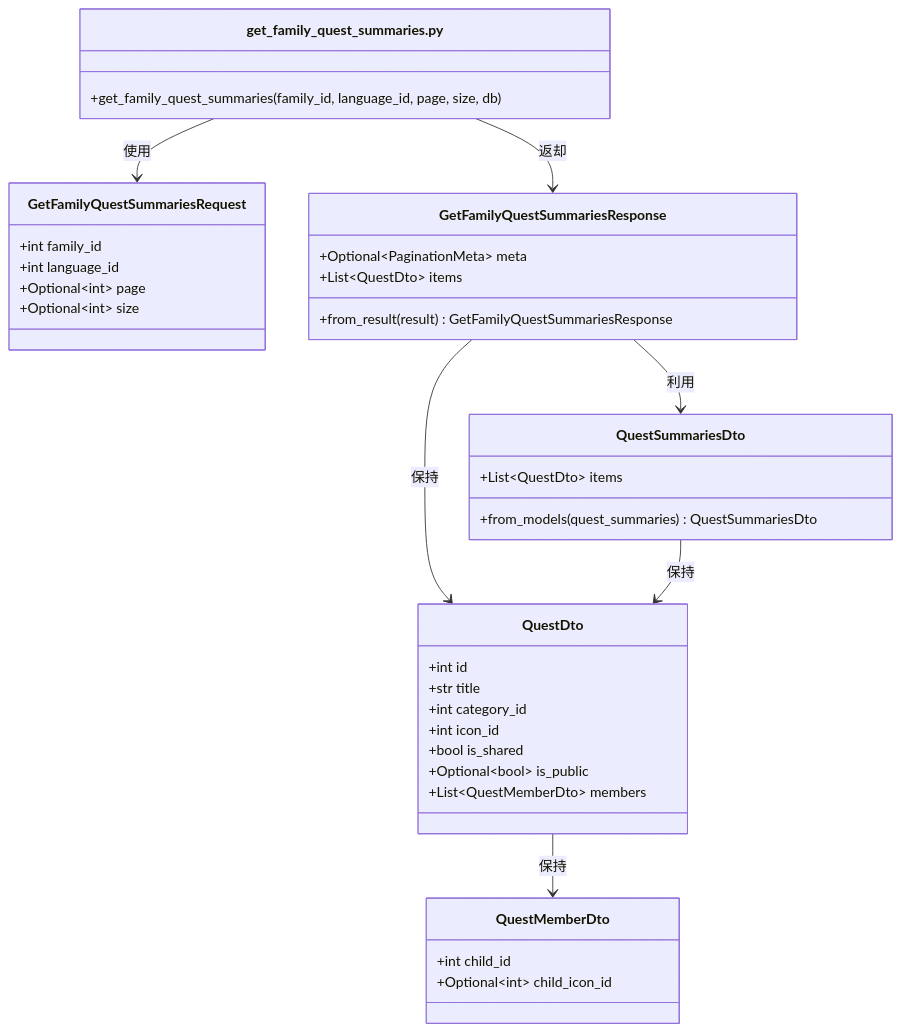
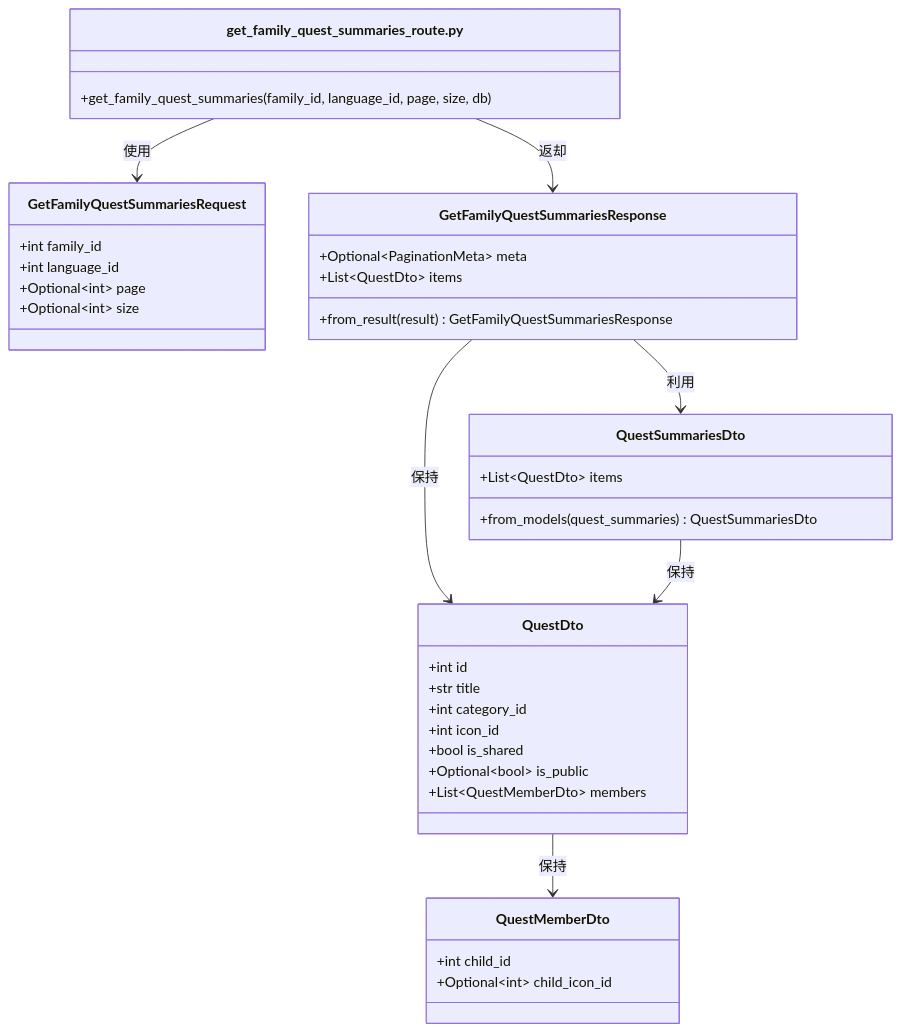
Before and after one commit to shuhei1101/allowance-questboard: the diagram in apps/api/aqapi/quest/api/v1/get_family_quest_summaries.md, drawn with Mermaid. The commit also changed 32 other files, not shown here.

````diff
--- a/apps/api/aqapi/quest/api/v1/get_family_quest_summaries.md
+++ b/apps/api/aqapi/quest/api/v1/get_family_quest_summaries.md
@@ -4,46 +4,46 @@
 ```mermaid
 classDiagram
-    class get_family_quest_summaries.py {
+    class get_family_quest_summaries_route.py {
         +get_family_quest_summaries(family_id, language_id, page, size, db)
     }
 
     class GetFamilyQuestSummariesRequest {
         +int family_id
         +int language_id
         +Optional~int~ page
         +Optional~int~ size
     }
 
     class GetFamilyQuestSummariesResponse {
         +Optional~PaginationMeta~ meta
         +List~QuestDto~ items
         +from_result(result) GetFamilyQuestSummariesResponse
     }
 
     class QuestDto {
         +int id
         +str title
         +int category_id
         +int icon_id
         +bool is_shared
         +Optional~bool~ is_public
         +List~QuestMemberDto~ members
     }
 
     class QuestMemberDto {
         +int child_id
         +Optional~int~ child_icon_id
     }
 
     class QuestSummariesDto {
         +List~QuestDto~ items
         +from_models(quest_summaries) QuestSummariesDto
     }
 
-    get_family_quest_summaries.py --> GetFamilyQuestSummariesRequest : 使用
-    get_family_quest_summaries.py --> GetFamilyQuestSummariesResponse : 返却
+    get_family_quest_summaries_route.py --> GetFamilyQuestSummariesRequest : 使用
+    get_family_quest_summaries_route.py --> GetFamilyQuestSummariesResponse : 返却
     GetFamilyQuestSummariesResponse --> QuestDto : 保持
     QuestDto --> QuestMemberDto : 保持
     GetFamilyQuestSummariesResponse --> QuestSummariesDto : 利用
     QuestSummariesDto --> QuestDto : 保持
 ```
````
